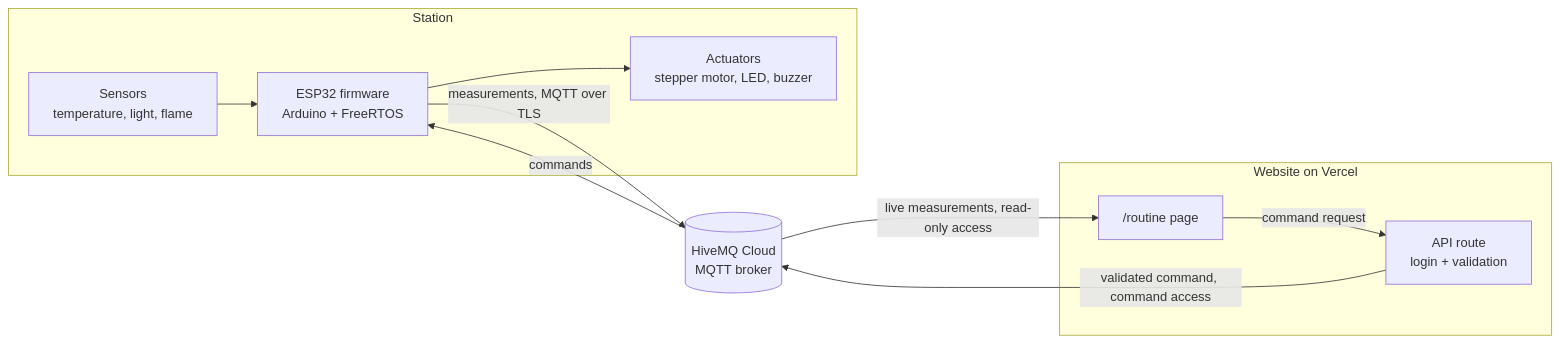
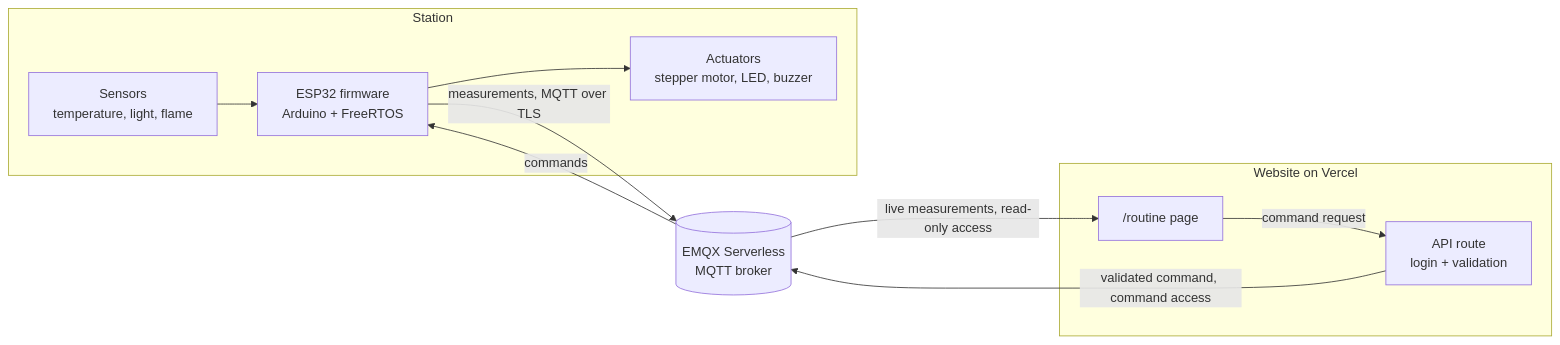
One commit to MatthiasGermain/routine-station changed the diagram in README.md. Above: the diagram before and after it, drawn with Mermaid. The commit also changed other lines of this file and 2 other files, not shown here.

````diff
--- a/README.md
+++ b/README.md
@@ -21,22 +21,22 @@
 ```mermaid
 flowchart LR
     subgraph station["Station"]
         sensors["Sensors<br/>temperature, light, flame"]
         esp["ESP32 firmware<br/>Arduino + FreeRTOS"]
         actuators["Actuators<br/>stepper motor, LED, buzzer"]
         sensors --> esp --> actuators
     end
 
-    broker[("HiveMQ Cloud<br/>MQTT broker")]
+    broker[("EMQX Serverless<br/>MQTT broker")]
 
     subgraph site["Website on Vercel"]
         page["/routine page"]
         api["API route<br/>login + validation"]
     end
 
     esp -- "measurements, MQTT over TLS" --> broker
     broker -- "commands" --> esp
     broker -- "live measurements, read-only access" --> page
     page -- "command request" --> api
     api -- "validated command, command access" --> broker
 ```
````
